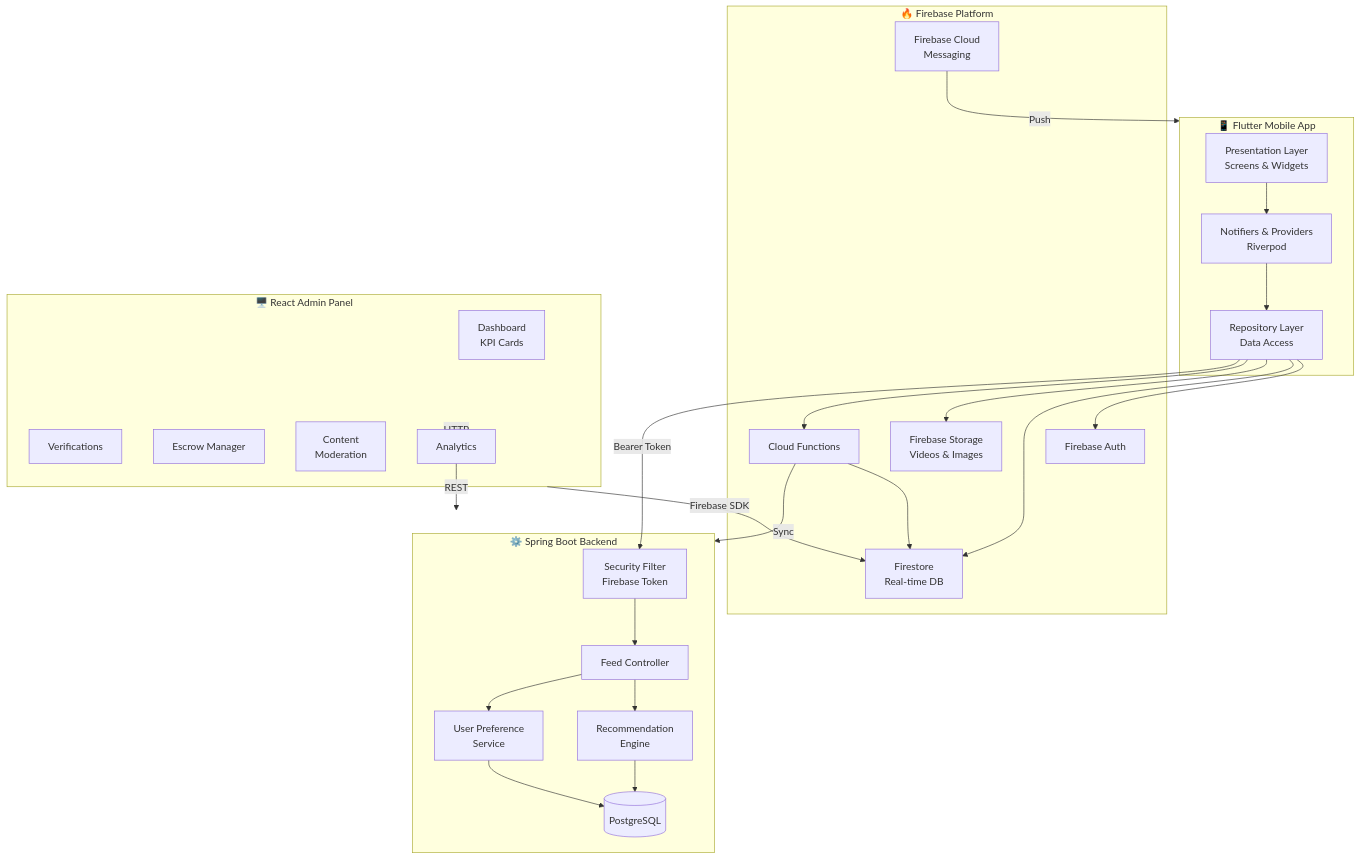
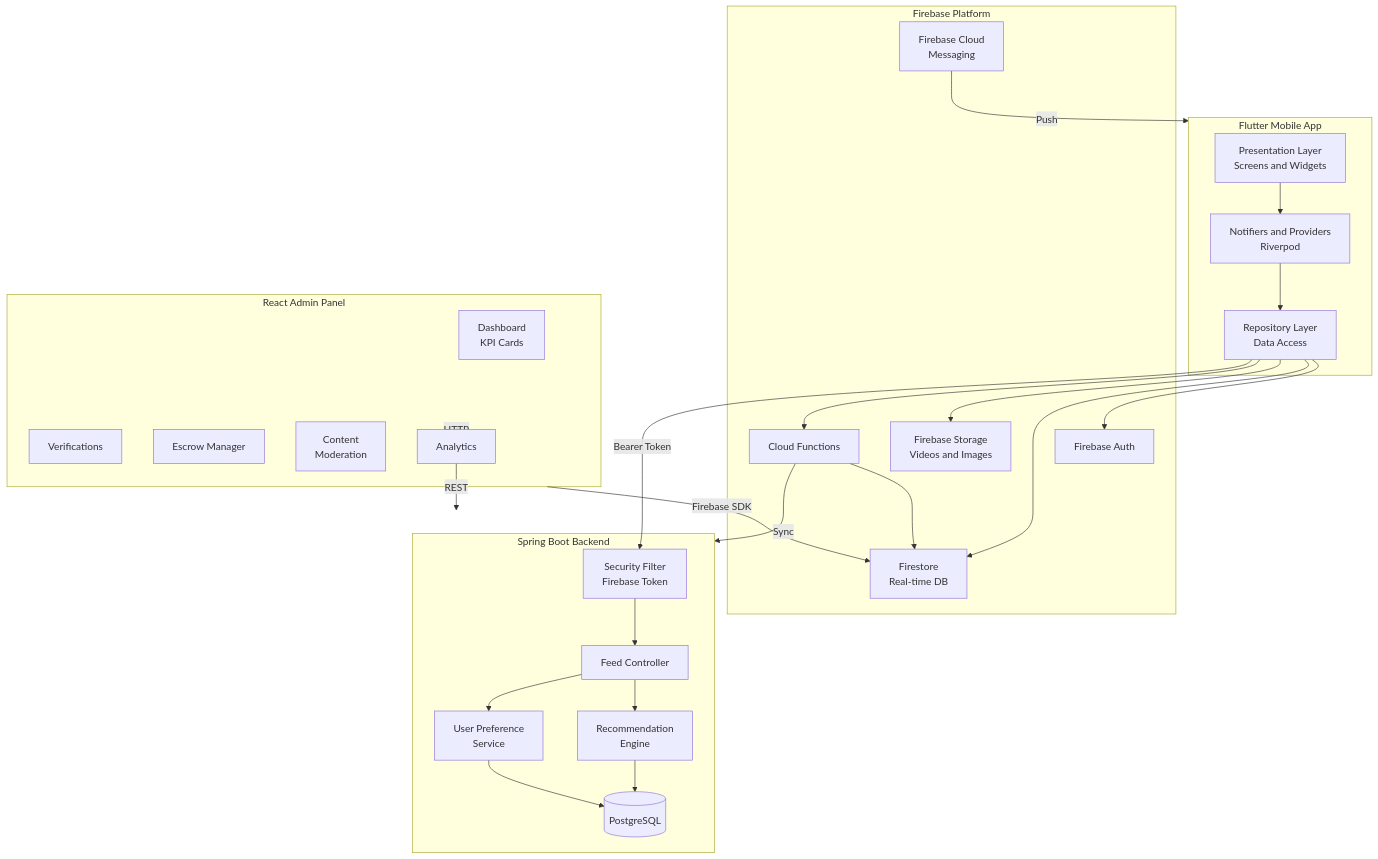
Before and after one commit to companydevs/skill-link-gh: the sixth of 31 diagrams in README.md, drawn with Mermaid. The commit also changed other lines of this file, not shown here.

Commit message:
docs: fix remaining Mermaid render errors on GitHub

````diff
--- a/README.md
+++ b/README.md
@@ -161,48 +161,48 @@
 ```mermaid
 graph TB
-    subgraph Mobile["📱 Flutter Mobile App"]
-        UI[Presentation Layer\nScreens & Widgets]
-        NTF[Notifiers & Providers\nRiverpod]
+    subgraph Mobile["Flutter Mobile App"]
+        UI[Presentation Layer\nScreens and Widgets]
+        NTF[Notifiers and Providers\nRiverpod]
         REPO[Repository Layer\nData Access]
     end
 
-    subgraph Firebase["🔥 Firebase Platform"]
+    subgraph Firebase["Firebase Platform"]
         AUTH[Firebase Auth]
         FS[Firestore\nReal-time DB]
-        STOR[Firebase Storage\nVideos & Images]
+        STOR[Firebase Storage\nVideos and Images]
         FCM[Firebase Cloud\nMessaging]
         CF[Cloud Functions]
     end
 
-    subgraph Backend["⚙️ Spring Boot Backend"]
+    subgraph Backend["Spring Boot Backend"]
         SEC[Security Filter\nFirebase Token]
         FEED[Feed Controller]
         REC[Recommendation\nEngine]
         PREF[User Preference\nService]
         PG[(PostgreSQL)]
     end
 
-    subgraph Admin["🖥️ React Admin Panel"]
+    subgraph Admin["React Admin Panel"]
         DASH[Dashboard\nKPI Cards]
         VER[Verifications]
         ESC[Escrow Manager]
         MOD[Content\nModeration]
         ANA[Analytics]
     end
 
     UI --> NTF --> REPO
     REPO --> AUTH
     REPO --> FS
     REPO --> STOR
     REPO --> CF
     REPO -->|Bearer Token| SEC
     SEC --> FEED --> REC
     REC --> PG
     FEED --> PREF --> PG
     CF --> FS
     CF -->|Sync| Backend
     Admin -->|Firebase SDK| FS
     Admin -->|HTTP| ANA
     ANA -->|REST| Backend
     FCM -->|Push| Mobile
 ```
````
